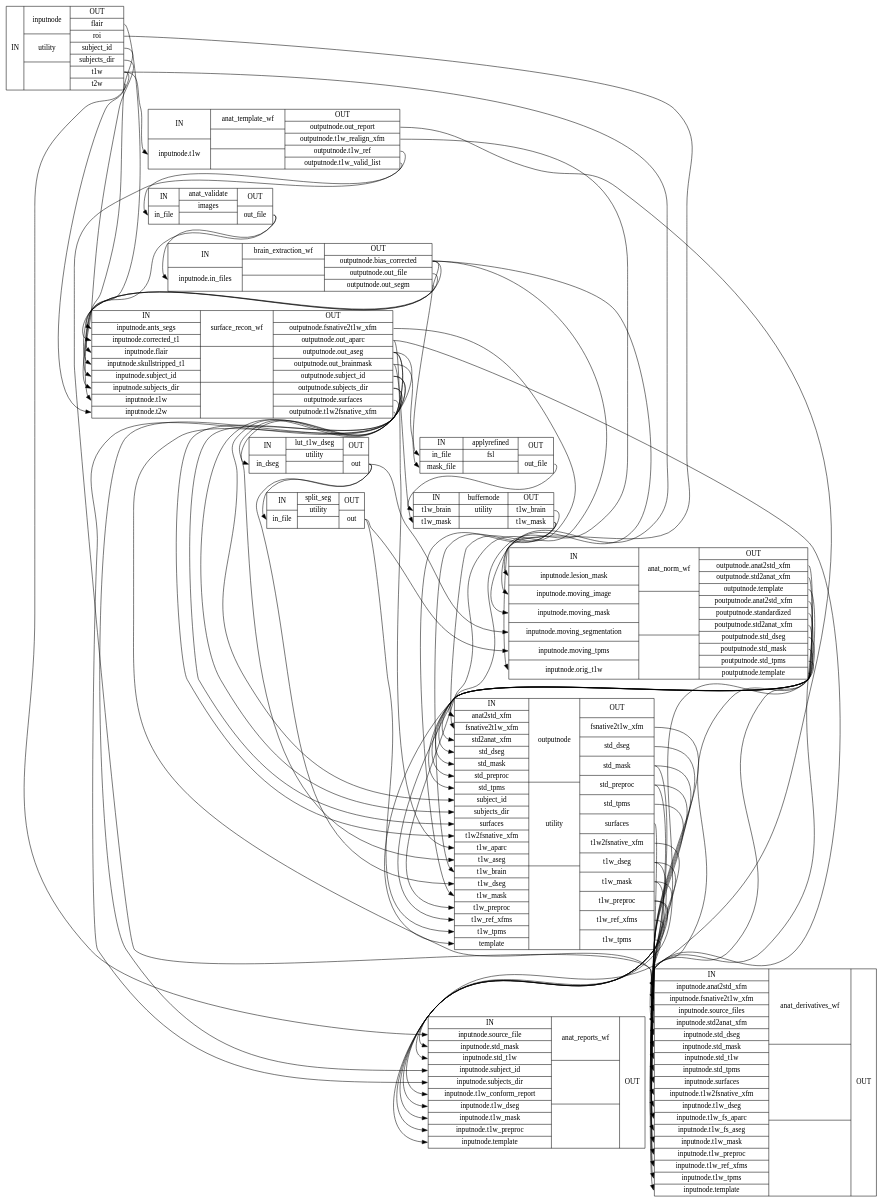
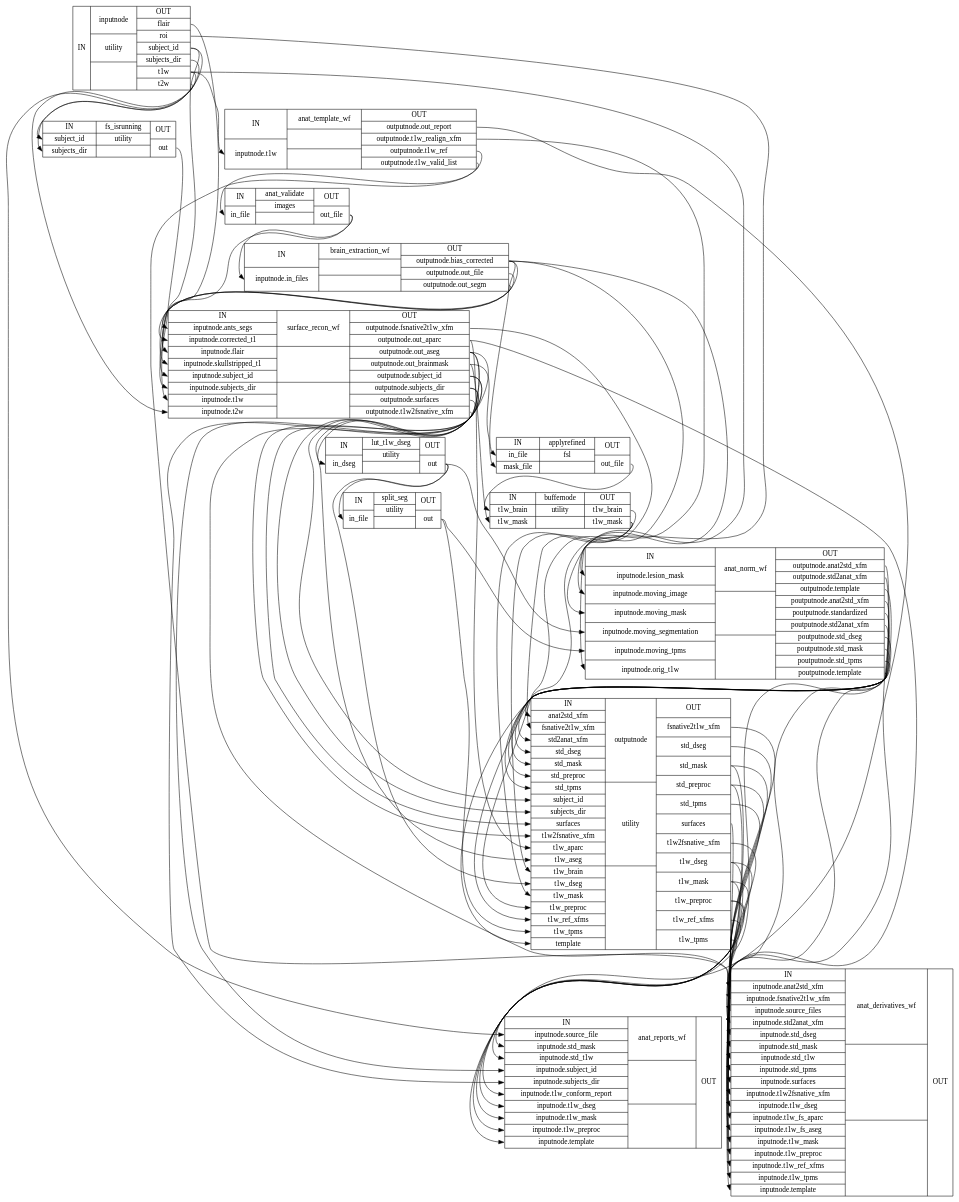
Before and after one commit to nuKs/smriprep: the diagram in 0.6.0rc5/wf_directive/api/anat_preproc_wf/smriprep-workflows-anatomical-1_detailed.dot, drawn with Graphviz. The commit also changed 1444 other files, not shown here.

```diff
--- a/0.6.0rc5/wf_directive/api/anat_preproc_wf/smriprep-workflows-anatomical-1_detailed.dot
+++ b/0.6.0rc5/wf_directive/api/anat_preproc_wf/smriprep-workflows-anatomical-1_detailed.dot
@@ -1,87 +1,90 @@
 digraph structs {
 node [shape=record];
 anat_preproc_wfinputnode [label="{IN}|{ inputnode | utility |  }|{OUT|<outflair> flair|<outroi> roi|<outsubjectid> subject_id|<outsubjectsdir> subjects_dir|<outt1w> t1w|<outt2w> t2w}"];
+anat_preproc_wffs_isrunning [label="{IN|<insubjectid> subject_id|<insubjectsdir> subjects_dir}|{ fs_isrunning | utility |  }|{OUT|<outout> out}"];
 anat_preproc_wfanat_template_wf [label="{IN|<ininputnodet1w> inputnode.t1w}|{ anat_template_wf |  |  }|{OUT|<outoutputnodeoutreport> outputnode.out_report|<outoutputnodet1wrealignxfm> outputnode.t1w_realign_xfm|<outoutputnodet1wref> outputnode.t1w_ref|<outoutputnodet1wvalidlist> outputnode.t1w_valid_list}"];
 anat_preproc_wfanat_validate [label="{IN|<ininfile> in_file}|{ anat_validate | images |  }|{OUT|<outoutfile> out_file}"];
 anat_preproc_wfbrain_extraction_wf [label="{IN|<ininputnodeinfiles> inputnode.in_files}|{ brain_extraction_wf |  |  }|{OUT|<outoutputnodebiascorrected> outputnode.bias_corrected|<outoutputnodeoutfile> outputnode.out_file|<outoutputnodeoutsegm> outputnode.out_segm}"];
 anat_preproc_wfsurface_recon_wf [label="{IN|<ininputnodeantssegs> inputnode.ants_segs|<ininputnodecorrectedt1> inputnode.corrected_t1|<ininputnodeflair> inputnode.flair|<ininputnodeskullstrippedt1> inputnode.skullstripped_t1|<ininputnodesubjectid> inputnode.subject_id|<ininputnodesubjectsdir> inputnode.subjects_dir|<ininputnodet1w> inputnode.t1w|<ininputnodet2w> inputnode.t2w}|{ surface_recon_wf |  |  }|{OUT|<outoutputnodefsnative2t1wxfm> outputnode.fsnative2t1w_xfm|<outoutputnodeoutaparc> outputnode.out_aparc|<outoutputnodeoutaseg> outputnode.out_aseg|<outoutputnodeoutbrainmask> outputnode.out_brainmask|<outoutputnodesubjectid> outputnode.subject_id|<outoutputnodesubjectsdir> outputnode.subjects_dir|<outoutputnodesurfaces> outputnode.surfaces|<outoutputnodet1w2fsnativexfm> outputnode.t1w2fsnative_xfm}"];
 anat_preproc_wflut_t1w_dseg [label="{IN|<inindseg> in_dseg}|{ lut_t1w_dseg | utility |  }|{OUT|<outout> out}"];
 anat_preproc_wfsplit_seg [label="{IN|<ininfile> in_file}|{ split_seg | utility |  }|{OUT|<outout> out}"];
 anat_preproc_wfapplyrefined [label="{IN|<ininfile> in_file|<inmaskfile> mask_file}|{ applyrefined | fsl |  }|{OUT|<outoutfile> out_file}"];
 anat_preproc_wfbuffernode [label="{IN|<int1wbrain> t1w_brain|<int1wmask> t1w_mask}|{ buffernode | utility |  }|{OUT|<outt1wbrain> t1w_brain|<outt1wmask> t1w_mask}"];
 anat_preproc_wfanat_norm_wf [label="{IN|<ininputnodelesionmask> inputnode.lesion_mask|<ininputnodemovingimage> inputnode.moving_image|<ininputnodemovingmask> inputnode.moving_mask|<ininputnodemovingsegmentation> inputnode.moving_segmentation|<ininputnodemovingtpms> inputnode.moving_tpms|<ininputnodeorigt1w> inputnode.orig_t1w}|{ anat_norm_wf |  |  }|{OUT|<outoutputnodeanat2stdxfm> outputnode.anat2std_xfm|<outoutputnodestd2anatxfm> outputnode.std2anat_xfm|<outoutputnodetemplate> outputnode.template|<outpoutputnodeanat2stdxfm> poutputnode.anat2std_xfm|<outpoutputnodestandardized> poutputnode.standardized|<outpoutputnodestd2anatxfm> poutputnode.std2anat_xfm|<outpoutputnodestddseg> poutputnode.std_dseg|<outpoutputnodestdmask> poutputnode.std_mask|<outpoutputnodestdtpms> poutputnode.std_tpms|<outpoutputnodetemplate> poutputnode.template}"];
 anat_preproc_wfoutputnode [label="{IN|<inanat2stdxfm> anat2std_xfm|<infsnative2t1wxfm> fsnative2t1w_xfm|<instd2anatxfm> std2anat_xfm|<instddseg> std_dseg|<instdmask> std_mask|<instdpreproc> std_preproc|<instdtpms> std_tpms|<insubjectid> subject_id|<insubjectsdir> subjects_dir|<insurfaces> surfaces|<int1w2fsnativexfm> t1w2fsnative_xfm|<int1waparc> t1w_aparc|<int1waseg> t1w_aseg|<int1wbrain> t1w_brain|<int1wdseg> t1w_dseg|<int1wmask> t1w_mask|<int1wpreproc> t1w_preproc|<int1wrefxfms> t1w_ref_xfms|<int1wtpms> t1w_tpms|<intemplate> template}|{ outputnode | utility |  }|{OUT|<outfsnative2t1wxfm> fsnative2t1w_xfm|<outstddseg> std_dseg|<outstdmask> std_mask|<outstdpreproc> std_preproc|<outstdtpms> std_tpms|<outsurfaces> surfaces|<outt1w2fsnativexfm> t1w2fsnative_xfm|<outt1wdseg> t1w_dseg|<outt1wmask> t1w_mask|<outt1wpreproc> t1w_preproc|<outt1wrefxfms> t1w_ref_xfms|<outt1wtpms> t1w_tpms}"];
 anat_preproc_wfanat_derivatives_wf [label="{IN|<ininputnodeanat2stdxfm> inputnode.anat2std_xfm|<ininputnodefsnative2t1wxfm> inputnode.fsnative2t1w_xfm|<ininputnodesourcefiles> inputnode.source_files|<ininputnodestd2anatxfm> inputnode.std2anat_xfm|<ininputnodestddseg> inputnode.std_dseg|<ininputnodestdmask> inputnode.std_mask|<ininputnodestdt1w> inputnode.std_t1w|<ininputnodestdtpms> inputnode.std_tpms|<ininputnodesurfaces> inputnode.surfaces|<ininputnodet1w2fsnativexfm> inputnode.t1w2fsnative_xfm|<ininputnodet1wdseg> inputnode.t1w_dseg|<ininputnodet1wfsaparc> inputnode.t1w_fs_aparc|<ininputnodet1wfsaseg> inputnode.t1w_fs_aseg|<ininputnodet1wmask> inputnode.t1w_mask|<ininputnodet1wpreproc> inputnode.t1w_preproc|<ininputnodet1wrefxfms> inputnode.t1w_ref_xfms|<ininputnodet1wtpms> inputnode.t1w_tpms|<ininputnodetemplate> inputnode.template}|{ anat_derivatives_wf |  |  }|{OUT}"];
 anat_preproc_wfanat_reports_wf [label="{IN|<ininputnodesourcefile> inputnode.source_file|<ininputnodestdmask> inputnode.std_mask|<ininputnodestdt1w> inputnode.std_t1w|<ininputnodesubjectid> inputnode.subject_id|<ininputnodesubjectsdir> inputnode.subjects_dir|<ininputnodet1wconformreport> inputnode.t1w_conform_report|<ininputnodet1wdseg> inputnode.t1w_dseg|<ininputnodet1wmask> inputnode.t1w_mask|<ininputnodet1wpreproc> inputnode.t1w_preproc|<ininputnodetemplate> inputnode.template}|{ anat_reports_wf |  |  }|{OUT}"];
 anat_preproc_wfanat_norm_wf:outoutputnodeanat2stdxfm:e -> anat_preproc_wfoutputnode:inanat2stdxfm:w;
 anat_preproc_wfanat_norm_wf:outoutputnodestd2anatxfm:e -> anat_preproc_wfoutputnode:instd2anatxfm:w;
 anat_preproc_wfanat_norm_wf:outoutputnodetemplate:e -> anat_preproc_wfoutputnode:intemplate:w;
 anat_preproc_wfanat_norm_wf:outpoutputnodeanat2stdxfm:e -> anat_preproc_wfanat_derivatives_wf:ininputnodeanat2stdxfm:w;
 anat_preproc_wfanat_norm_wf:outpoutputnodestandardized:e -> anat_preproc_wfoutputnode:instdpreproc:w;
 anat_preproc_wfanat_norm_wf:outpoutputnodestd2anatxfm:e -> anat_preproc_wfanat_derivatives_wf:ininputnodestd2anatxfm:w;
 anat_preproc_wfanat_norm_wf:outpoutputnodestddseg:e -> anat_preproc_wfoutputnode:instddseg:w;
 anat_preproc_wfanat_norm_wf:outpoutputnodestdmask:e -> anat_preproc_wfoutputnode:instdmask:w;
 anat_preproc_wfanat_norm_wf:outpoutputnodestdtpms:e -> anat_preproc_wfoutputnode:instdtpms:w;
 anat_preproc_wfanat_norm_wf:outpoutputnodetemplate:e -> anat_preproc_wfanat_derivatives_wf:ininputnodetemplate:w;
 anat_preproc_wfanat_norm_wf:outpoutputnodetemplate:e -> anat_preproc_wfanat_reports_wf:ininputnodetemplate:w;
 anat_preproc_wfanat_template_wf:outoutputnodeoutreport:e -> anat_preproc_wfanat_reports_wf:ininputnodet1wconformreport:w;
 anat_preproc_wfanat_template_wf:outoutputnodet1wrealignxfm:e -> anat_preproc_wfoutputnode:int1wrefxfms:w;
 anat_preproc_wfanat_template_wf:outoutputnodet1wref:e -> anat_preproc_wfanat_validate:ininfile:w;
 anat_preproc_wfanat_template_wf:outoutputnodet1wvalidlist:e -> anat_preproc_wfanat_derivatives_wf:ininputnodesourcefiles:w;
 anat_preproc_wfanat_validate:outoutfile:e -> anat_preproc_wfbrain_extraction_wf:ininputnodeinfiles:w;
 anat_preproc_wfanat_validate:outoutfile:e -> anat_preproc_wfsurface_recon_wf:ininputnodet1w:w;
 anat_preproc_wfapplyrefined:outoutfile:e -> anat_preproc_wfbuffernode:int1wbrain:w;
 anat_preproc_wfbrain_extraction_wf:outoutputnodebiascorrected:e -> anat_preproc_wfanat_norm_wf:ininputnodemovingimage:w;
 anat_preproc_wfbrain_extraction_wf:outoutputnodebiascorrected:e -> anat_preproc_wfapplyrefined:ininfile:w;
 anat_preproc_wfbrain_extraction_wf:outoutputnodebiascorrected:e -> anat_preproc_wfoutputnode:int1wpreproc:w;
 anat_preproc_wfbrain_extraction_wf:outoutputnodebiascorrected:e -> anat_preproc_wfsurface_recon_wf:ininputnodecorrectedt1:w;
 anat_preproc_wfbrain_extraction_wf:outoutputnodeoutfile:e -> anat_preproc_wfsurface_recon_wf:ininputnodeskullstrippedt1:w;
 anat_preproc_wfbrain_extraction_wf:outoutputnodeoutsegm:e -> anat_preproc_wfsurface_recon_wf:ininputnodeantssegs:w;
 anat_preproc_wfbuffernode:outt1wbrain:e -> anat_preproc_wfoutputnode:int1wbrain:w;
 anat_preproc_wfbuffernode:outt1wmask:e -> anat_preproc_wfanat_norm_wf:ininputnodemovingmask:w;
 anat_preproc_wfbuffernode:outt1wmask:e -> anat_preproc_wfoutputnode:int1wmask:w;
+anat_preproc_wffs_isrunning:outout:e -> anat_preproc_wfsurface_recon_wf:ininputnodesubjectsdir:w;
 anat_preproc_wfinputnode:outflair:e -> anat_preproc_wfsurface_recon_wf:ininputnodeflair:w;
 anat_preproc_wfinputnode:outroi:e -> anat_preproc_wfanat_norm_wf:ininputnodelesionmask:w;
+anat_preproc_wfinputnode:outsubjectid:e -> anat_preproc_wffs_isrunning:insubjectid:w;
 anat_preproc_wfinputnode:outsubjectid:e -> anat_preproc_wfsurface_recon_wf:ininputnodesubjectid:w;
-anat_preproc_wfinputnode:outsubjectsdir:e -> anat_preproc_wfsurface_recon_wf:ininputnodesubjectsdir:w;
+anat_preproc_wfinputnode:outsubjectsdir:e -> anat_preproc_wffs_isrunning:insubjectsdir:w;
 anat_preproc_wfinputnode:outt1w:e -> anat_preproc_wfanat_norm_wf:ininputnodeorigt1w:w;
 anat_preproc_wfinputnode:outt1w:e -> anat_preproc_wfanat_reports_wf:ininputnodesourcefile:w;
 anat_preproc_wfinputnode:outt1w:e -> anat_preproc_wfanat_template_wf:ininputnodet1w:w;
 anat_preproc_wfinputnode:outt2w:e -> anat_preproc_wfsurface_recon_wf:ininputnodet2w:w;
 anat_preproc_wflut_t1w_dseg:outout:e -> anat_preproc_wfanat_norm_wf:ininputnodemovingsegmentation:w;
 anat_preproc_wflut_t1w_dseg:outout:e -> anat_preproc_wfoutputnode:int1wdseg:w;
 anat_preproc_wflut_t1w_dseg:outout:e -> anat_preproc_wfsplit_seg:ininfile:w;
 anat_preproc_wfoutputnode:outfsnative2t1wxfm:e -> anat_preproc_wfanat_derivatives_wf:ininputnodefsnative2t1wxfm:w;
 anat_preproc_wfoutputnode:outstddseg:e -> anat_preproc_wfanat_derivatives_wf:ininputnodestddseg:w;
 anat_preproc_wfoutputnode:outstdmask:e -> anat_preproc_wfanat_derivatives_wf:ininputnodestdmask:w;
 anat_preproc_wfoutputnode:outstdmask:e -> anat_preproc_wfanat_reports_wf:ininputnodestdmask:w;
 anat_preproc_wfoutputnode:outstdpreproc:e -> anat_preproc_wfanat_derivatives_wf:ininputnodestdt1w:w;
 anat_preproc_wfoutputnode:outstdpreproc:e -> anat_preproc_wfanat_reports_wf:ininputnodestdt1w:w;
 anat_preproc_wfoutputnode:outstdtpms:e -> anat_preproc_wfanat_derivatives_wf:ininputnodestdtpms:w;
 anat_preproc_wfoutputnode:outsurfaces:e -> anat_preproc_wfanat_derivatives_wf:ininputnodesurfaces:w;
 anat_preproc_wfoutputnode:outt1w2fsnativexfm:e -> anat_preproc_wfanat_derivatives_wf:ininputnodet1w2fsnativexfm:w;
 anat_preproc_wfoutputnode:outt1wdseg:e -> anat_preproc_wfanat_derivatives_wf:ininputnodet1wdseg:w;
 anat_preproc_wfoutputnode:outt1wdseg:e -> anat_preproc_wfanat_reports_wf:ininputnodet1wdseg:w;
 anat_preproc_wfoutputnode:outt1wmask:e -> anat_preproc_wfanat_derivatives_wf:ininputnodet1wmask:w;
 anat_preproc_wfoutputnode:outt1wmask:e -> anat_preproc_wfanat_reports_wf:ininputnodet1wmask:w;
 anat_preproc_wfoutputnode:outt1wpreproc:e -> anat_preproc_wfanat_derivatives_wf:ininputnodet1wpreproc:w;
 anat_preproc_wfoutputnode:outt1wpreproc:e -> anat_preproc_wfanat_reports_wf:ininputnodet1wpreproc:w;
 anat_preproc_wfoutputnode:outt1wrefxfms:e -> anat_preproc_wfanat_derivatives_wf:ininputnodet1wrefxfms:w;
 anat_preproc_wfoutputnode:outt1wtpms:e -> anat_preproc_wfanat_derivatives_wf:ininputnodet1wtpms:w;
 anat_preproc_wfsplit_seg:outout:e -> anat_preproc_wfanat_norm_wf:ininputnodemovingtpms:w;
 anat_preproc_wfsplit_seg:outout:e -> anat_preproc_wfoutputnode:int1wtpms:w;
 anat_preproc_wfsurface_recon_wf:outoutputnodefsnative2t1wxfm:e -> anat_preproc_wfoutputnode:infsnative2t1wxfm:w;
 anat_preproc_wfsurface_recon_wf:outoutputnodeoutaparc:e -> anat_preproc_wfanat_derivatives_wf:ininputnodet1wfsaparc:w;
 anat_preproc_wfsurface_recon_wf:outoutputnodeoutaparc:e -> anat_preproc_wfoutputnode:int1waparc:w;
 anat_preproc_wfsurface_recon_wf:outoutputnodeoutaseg:e -> anat_preproc_wfanat_derivatives_wf:ininputnodet1wfsaseg:w;
 anat_preproc_wfsurface_recon_wf:outoutputnodeoutaseg:e -> anat_preproc_wflut_t1w_dseg:inindseg:w;
 anat_preproc_wfsurface_recon_wf:outoutputnodeoutaseg:e -> anat_preproc_wfoutputnode:int1waseg:w;
 anat_preproc_wfsurface_recon_wf:outoutputnodeoutbrainmask:e -> anat_preproc_wfapplyrefined:inmaskfile:w;
 anat_preproc_wfsurface_recon_wf:outoutputnodeoutbrainmask:e -> anat_preproc_wfbuffernode:int1wmask:w;
 anat_preproc_wfsurface_recon_wf:outoutputnodesubjectid:e -> anat_preproc_wfanat_reports_wf:ininputnodesubjectid:w;
 anat_preproc_wfsurface_recon_wf:outoutputnodesubjectid:e -> anat_preproc_wfoutputnode:insubjectid:w;
 anat_preproc_wfsurface_recon_wf:outoutputnodesubjectsdir:e -> anat_preproc_wfanat_reports_wf:ininputnodesubjectsdir:w;
 anat_preproc_wfsurface_recon_wf:outoutputnodesubjectsdir:e -> anat_preproc_wfoutputnode:insubjectsdir:w;
 anat_preproc_wfsurface_recon_wf:outoutputnodesurfaces:e -> anat_preproc_wfoutputnode:insurfaces:w;
 anat_preproc_wfsurface_recon_wf:outoutputnodet1w2fsnativexfm:e -> anat_preproc_wfoutputnode:int1w2fsnativexfm:w;
 }
```
